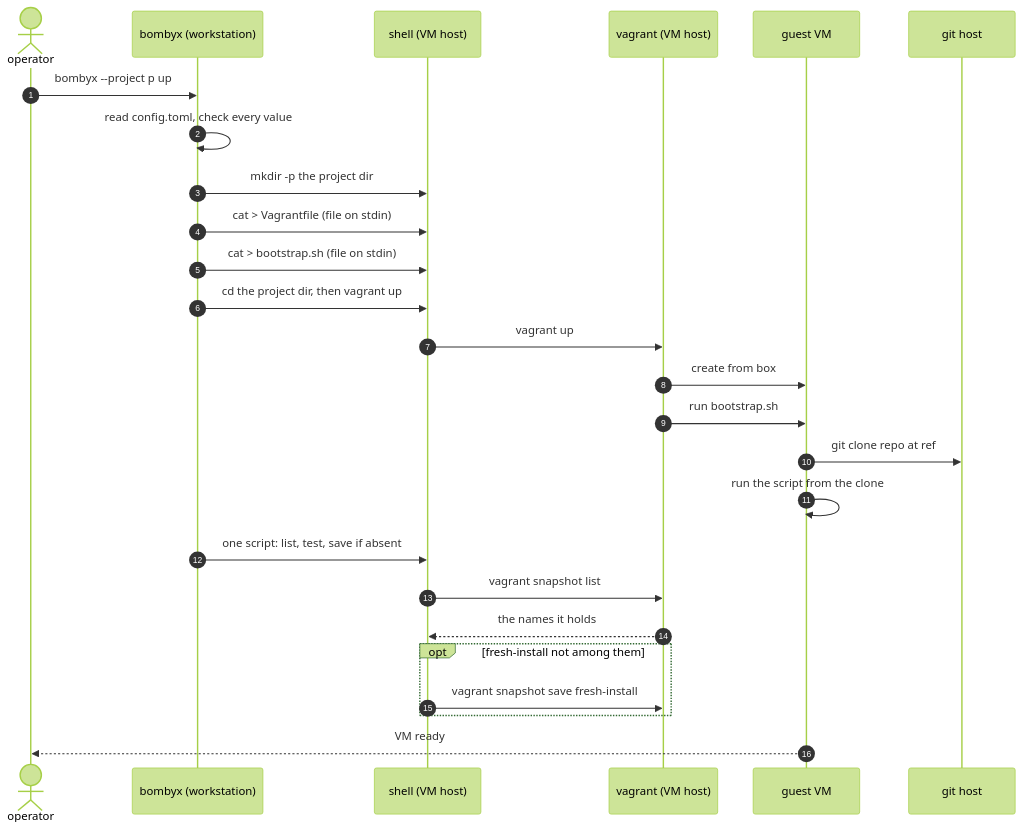
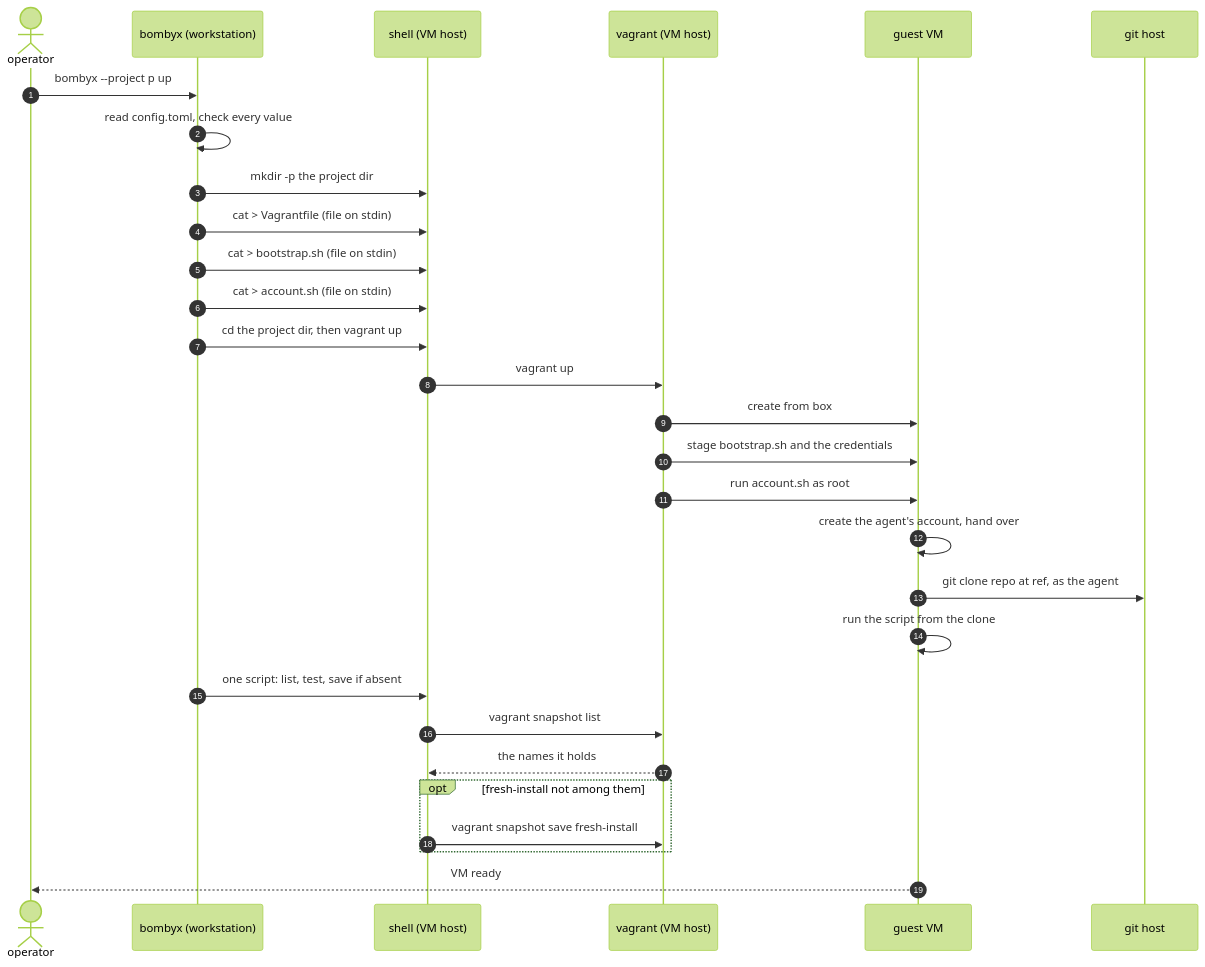
The fifth of 6 diagrams in docs/architecture.md (breki/bombyx), drawn with Mermaid (forest theme) before and after one commit. The commit also changed other lines of this file and 23 other files, not shown here.

First line of the commit message:
feat: run the agent as its own guest account instead of vagrant

````diff
--- a/docs/architecture.md
+++ b/docs/architecture.md
@@ -278,29 +279,32 @@
 ```mermaid
 sequenceDiagram
   autonumber
   actor op as operator
   participant cli as bombyx (workstation)
   participant host as shell (VM host)
   participant vg as vagrant (VM host)
   participant guest as guest VM
   participant git as git host
 
   op->>cli: bombyx --project p up
   cli->>cli: read config.toml, check every value
   cli->>host: mkdir -p the project dir
   cli->>host: cat > Vagrantfile (file on stdin)
   cli->>host: cat > bootstrap.sh (file on stdin)
+  cli->>host: cat > account.sh (file on stdin)
   cli->>host: cd the project dir, then vagrant up
   host->>vg: vagrant up
   vg->>guest: create from box
-  vg->>guest: run bootstrap.sh
-  guest->>git: git clone repo at ref
+  vg->>guest: stage bootstrap.sh and the credentials
+  vg->>guest: run account.sh as root
+  guest->>guest: create the agent's account, hand over
+  guest->>git: git clone repo at ref, as the agent
   guest->>guest: run the script from the clone
   cli->>host: one script: list, test, save if absent
   host->>vg: vagrant snapshot list
   vg-->>host: the names it holds
   opt fresh-install not among them
     host->>vg: vagrant snapshot save fresh-install
   end
   guest-->>op: VM ready
 ```
````
